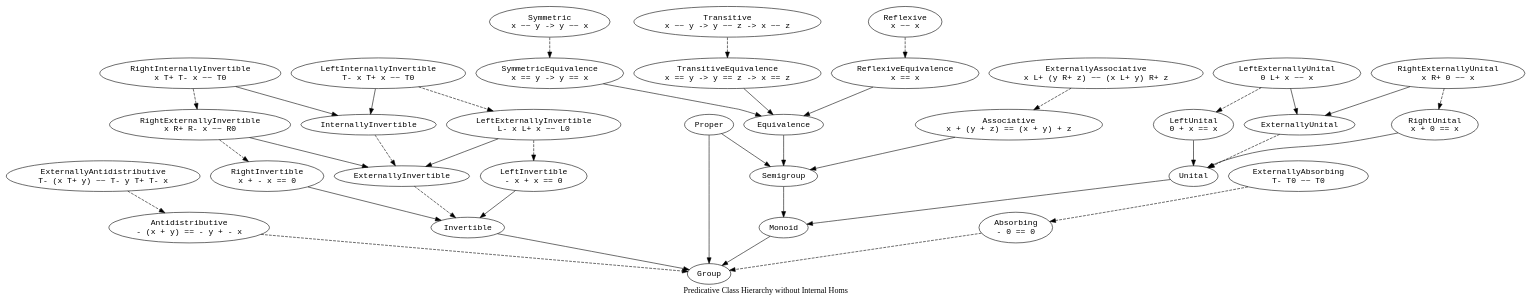
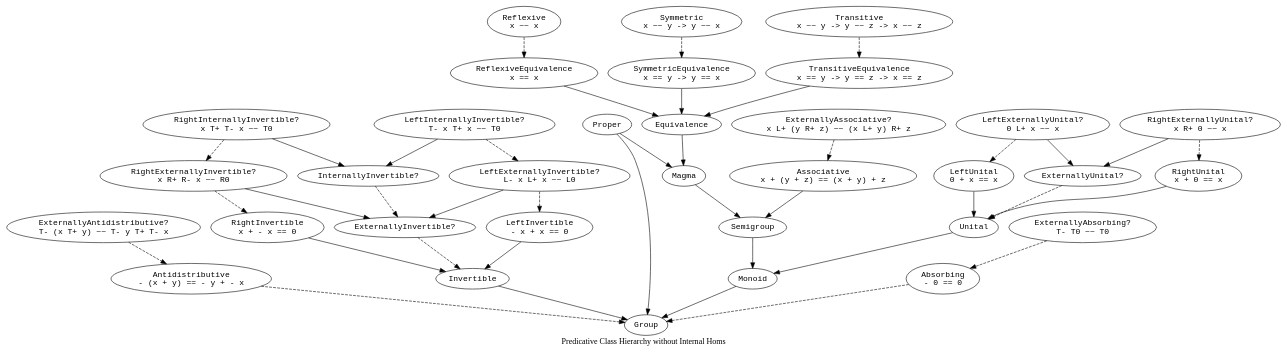
The diagram in bird/is.dot (Tuplanolla/dez), drawn with Graphviz before and after one commit. The commit also changed 13 other files, not shown here.

```diff
--- a/bird/is.dot
+++ b/bird/is.dot
@@ -1,82 +1,84 @@
 digraph Is {
   label = "Predicative Class Hierarchy without Internal Homs"
 
   node [fontname = monospace]
 
   Absorb [label = "Absorbing\n- 0 == 0"]
   Antidistr [label = "Antidistributive\n- (x + y) == - y + - x"]
   Assoc [label = "Associative\nx + (y + z) == (x + y) + z"]
   Eq [label = "Equivalence"]
-  ExtAbsorb [label = "ExternallyAbsorbing\nT- T0 ~~ T0"]
-  ExtAntidistr [label = "ExternallyAntidistributive\nT- (x T+ y) ~~ T- y T+ T- x"]
-  ExtAssoc [label = "ExternallyAssociative\nx L+ (y R+ z) ~~ (x L+ y) R+ z"]
-  ExtInv [label = "ExternallyInvertible"]
-  ExtUnl [label = "ExternallyUnital"]
+  ExtAbsorb [label = "ExternallyAbsorbing?\nT- T0 ~~ T0"]
+  ExtAntidistr [label = "ExternallyAntidistributive?\nT- (x T+ y) ~~ T- y T+ T- x"]
+  ExtAssoc [label = "ExternallyAssociative?\nx L+ (y R+ z) ~~ (x L+ y) R+ z"]
+  ExtInv [label = "ExternallyInvertible?"]
+  ExtUnl [label = "ExternallyUnital?"]
   Grp [label = "Group"]
-  IntInv [label = "InternallyInvertible"]
+  IntInv [label = "InternallyInvertible?"]
   Inv [label = "Invertible"]
-  LExtInv [label = "LeftExternallyInvertible\nL- x L+ x ~~ L0"]
-  LExtUnl [label = "LeftExternallyUnital\n0 L+ x ~~ x"]
-  LIntInv [label = "LeftInternallyInvertible\nT- x T+ x ~~ T0"]
+  LExtInv [label = "LeftExternallyInvertible?\nL- x L+ x ~~ L0"]
+  LExtUnl [label = "LeftExternallyUnital?\n0 L+ x ~~ x"]
+  LIntInv [label = "LeftInternallyInvertible?\nT- x T+ x ~~ T0"]
   LInv [label = "LeftInvertible\n- x + x == 0"]
   LUnl [label = "LeftUnital\n0 + x == x"]
+  Mag [label = "Magma"]
   Mon [label = "Monoid"]
   Proper [label = "Proper"]
-  RExtInv [label = "RightExternallyInvertible\nx R+ R- x ~~ R0"]
-  RExtUnl [label = "RightExternallyUnital\nx R+ 0 ~~ x"]
-  RIntInv [label = "RightInternallyInvertible\nx T+ T- x ~~ T0"]
+  RExtInv [label = "RightExternallyInvertible?\nx R+ R- x ~~ R0"]
+  RExtUnl [label = "RightExternallyUnital?\nx R+ 0 ~~ x"]
+  RIntInv [label = "RightInternallyInvertible?\nx T+ T- x ~~ T0"]
   RInv [label = "RightInvertible\nx + - x == 0"]
   RUnl [label = "RightUnital\nx + 0 == x"]
   Refl [label = "Reflexive\nx ~~ x"]
   ReflEq [label = "ReflexiveEquivalence\nx == x"]
   Sgrp [label = "Semigroup"]
   Sym [label = "Symmetric\nx ~~ y -> y ~~ x"]
   SymEq [label = "SymmetricEquivalence\nx == y -> y == x"]
   Trans [label = "Transitive\nx ~~ y -> y ~~ z -> x ~~ z"]
   TransEq [label = "TransitiveEquivalence\nx == y -> y == z -> x == z"]
   Unl [label = "Unital"]
 
   edge [style = solid]
 
   Assoc -> Sgrp
-  Eq -> Sgrp
+  Eq -> Mag
   Inv -> Grp
   LExtInv -> ExtInv
   LExtUnl -> ExtUnl
   LIntInv -> IntInv
   LInv -> Inv
   LUnl -> Unl
+  Mag -> Sgrp
   Mon -> Grp
   Proper -> Grp
-  Proper -> Sgrp
+  Proper -> Mag
   RExtInv -> ExtInv
   RExtUnl -> ExtUnl
   RIntInv -> IntInv
   RInv -> Inv
   RUnl -> Unl
   ReflEq -> Eq
   Sgrp -> Mon
   SymEq -> Eq
   TransEq -> Eq
   Unl -> Mon
 
   edge [style = dashed]
 
   Absorb -> Grp
   Antidistr -> Grp
   ExtAbsorb -> Absorb
   ExtAntidistr -> Antidistr
   ExtAssoc -> Assoc
   ExtInv -> Inv
   ExtUnl -> Unl
   IntInv -> ExtInv
   LExtInv -> LInv
   LExtUnl -> LUnl
   LIntInv -> LExtInv
   RExtInv -> RInv
   RExtUnl -> RUnl
   RIntInv -> RExtInv
   Refl -> ReflEq
   Sym -> SymEq
   Trans -> TransEq
 }
```
